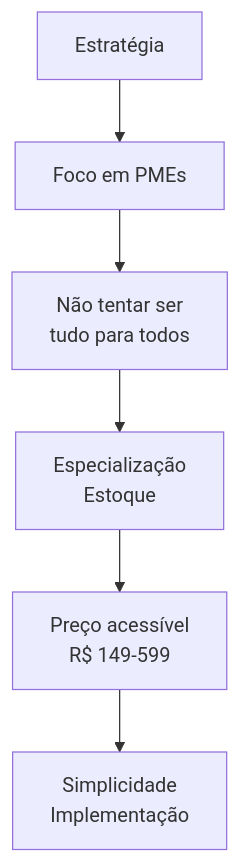
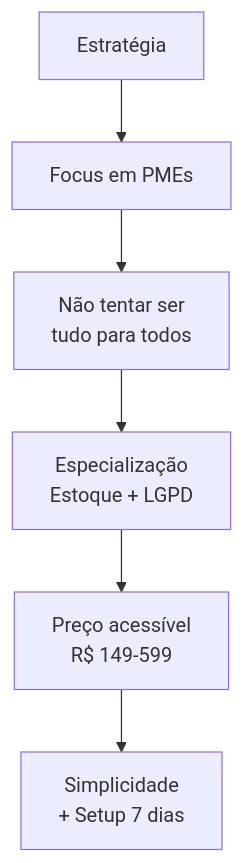
Before and after one commit to matheusmendes720/workconnect-tcc: the fifth of 6 diagrams in documentation/docs/estrategia/analise-concorrencial.mdx, drawn with Mermaid. The commit also changed other lines of this file and 16 other files, not shown here.

````diff
--- a/documentation/docs/estrategia/analise-concorrencial.mdx
+++ b/documentation/docs/estrategia/analise-concorrencial.mdx
@@ -149,8 +235,8 @@
 ```mermaid
 graph TD
-    A[Estratégia] --> B[Foco em PMEs]
+    A[Estratégia] --> B[Focus em PMEs]
     B --> C["Não tentar ser<br/>tudo para todos"]
-    C --> D[Especialização<br/>Estoque]
+    C --> D[Especialização<br/>Estoque + LGPD]
     D --> E["Preço acessível<br/>R$ 149-599"]
-    E --> F["Simplicidade<br/>Implementação"]
+    E --> F["Simplicidade<br/>+ Setup 7 dias"]
 ```
````
